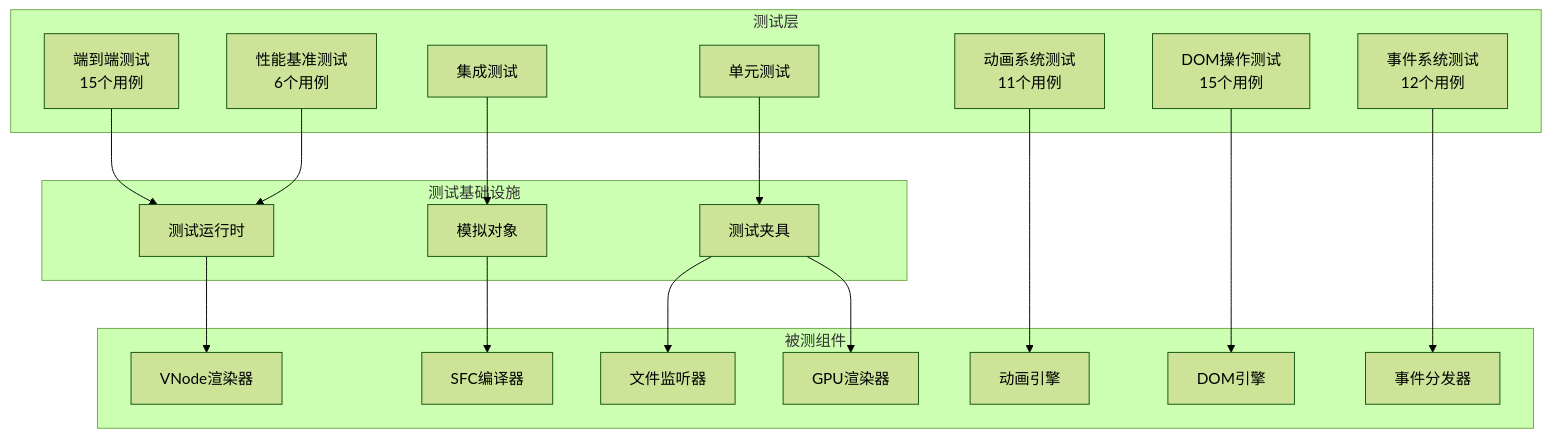
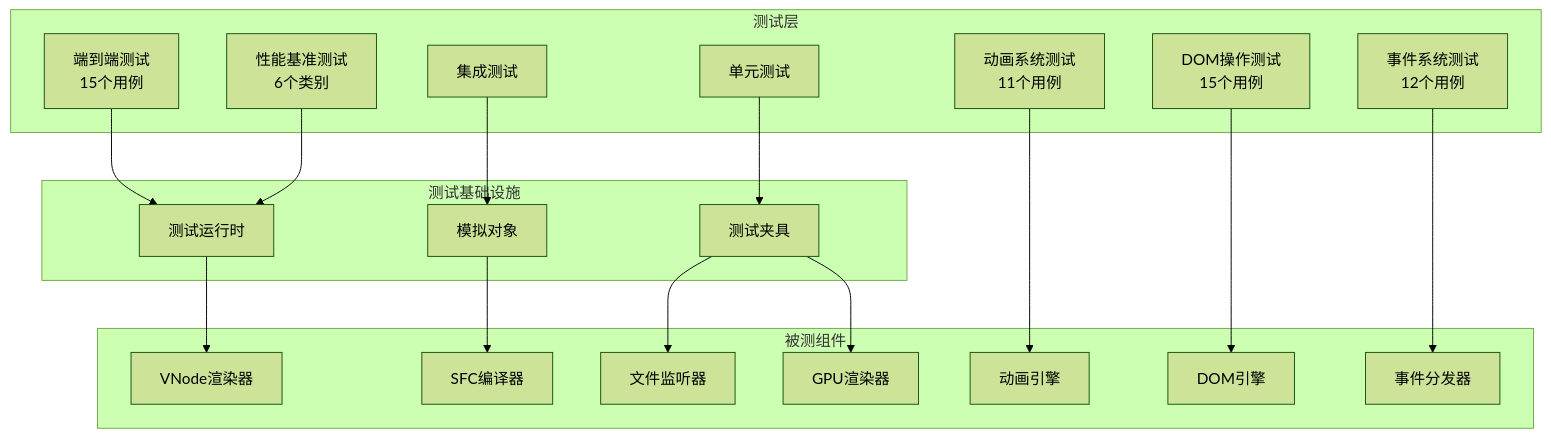
The third of 15 diagrams in .qoder/repowiki/zh/content/核心功能特性/工程化与商业化能力/测试框架与基础设施/测试框架与基础设施.md (itszzl-sudo/iris), drawn with Mermaid (forest theme) before and after one commit. The commit also changed other lines of this file and 5 other files, not shown here.

````diff
--- a/.qoder/repowiki/zh/content/核心功能特性/工程化与商业化能力/测试框架与基础设施/测试框架与基础设施.md
+++ b/.qoder/repowiki/zh/content/核心功能特性/工程化与商业化能力/测试框架与基础设施/测试框架与基础设施.md
@@ -145,37 +146,37 @@
 ```mermaid
 graph TB
 subgraph "测试层"
 E2E[端到端测试<br/>15个用例]
-PERFORMANCE[性能基准测试<br/>6个用例]
+PERFORMANCE[性能基准测试<br/>6个类别]
 INTEGRATION[集成测试]
 UNIT[单元测试]
 ANIMATION[动画系统测试<br/>11个用例]
 DOM[DOM操作测试<br/>15个用例]
 EVENT[事件系统测试<br/>12个用例]
 end
 subgraph "测试基础设施"
 RUNTIME[测试运行时]
 MOCK[模拟对象]
 FIXTURE[测试夹具]
 end
 subgraph "被测组件"
 RENDERER[VNode渲染器]
 COMPILER[SFC编译器]
 WATCHER[文件监听器]
 GPU[GPU渲染器]
 ANIM_ENGINE[动画引擎]
 DOM_ENGINE[DOM引擎]
 EVENT_DISPATCH[事件分发器]
 end
 E2E --> RUNTIME
 PERFORMANCE --> RUNTIME
 INTEGRATION --> MOCK
 UNIT --> FIXTURE
 ANIMATION --> ANIM_ENGINE
 DOM --> DOM_ENGINE
 EVENT --> EVENT_DISPATCH
 RUNTIME --> RENDERER
 MOCK --> COMPILER
 FIXTURE --> WATCHER
 FIXTURE --> GPU
 ```
````
